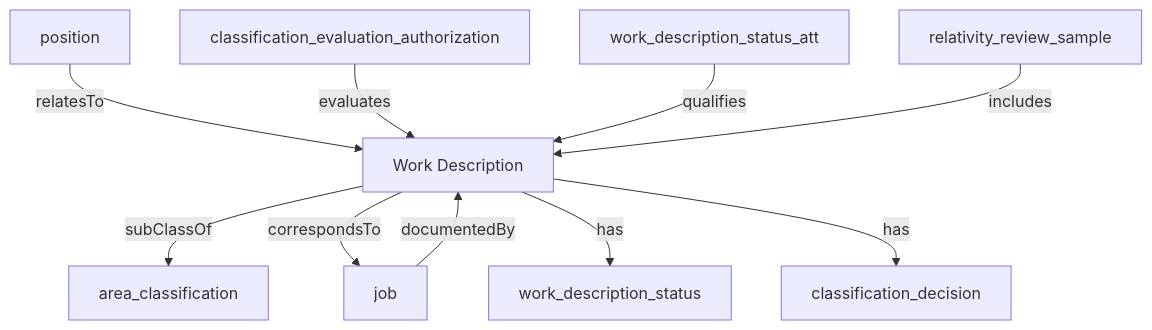
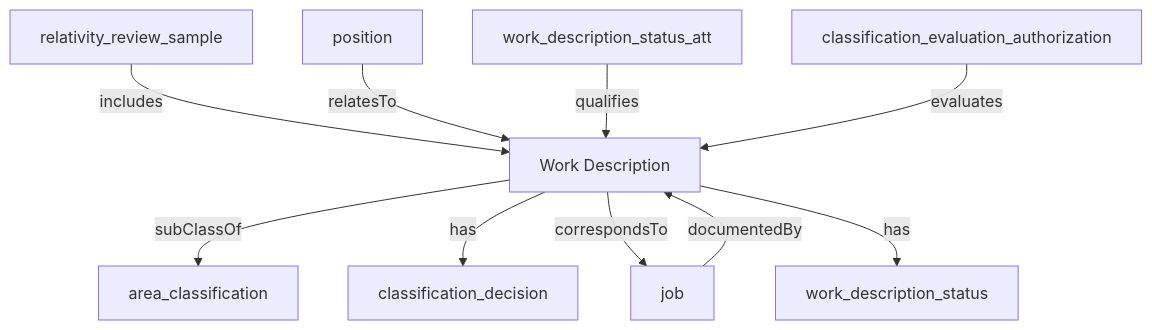
One commit to heidingaway/heidi2 changed the diagram in content/hr_data_model/work_description.md. Above: the diagram before and after it, drawn with Mermaid. The commit also changed other lines of this file and 350 other files, not shown here.

````diff
--- a/content/hr_data_model/work_description.md
+++ b/content/hr_data_model/work_description.md
@@ -30,21 +31,21 @@
 ```mermaid
 graph TD
   Work_Description["Work Description"]:::current-page-node
   area_classification["area_classification"]
   job["job"]
   classification_decision["classification_decision"]
   work_description_status["work_description_status"]
   work_description_status_att["work_description_status_att"]
   relativity_review_sample["relativity_review_sample"]
   classification_evaluation_authorization["classification_evaluation_authorization"]
   position["position"]
+  job-->|" documentedBy "|Work_Description
   Work_Description-->|" subClassOf "|area_classification
+  relativity_review_sample-->|" includes "|Work_Description
+  Work_Description-->|" has "|classification_decision
   position-->|" relatesTo "|Work_Description
+  work_description_status_att-->|" qualifies "|Work_Description
   Work_Description-->|" correspondsTo "|job
+  Work_Description-->|" has "|work_description_status
   classification_evaluation_authorization-->|" evaluates "|Work_Description
-  Work_Description-->|" has "|work_description_status
-  job-->|" documentedBy "|Work_Description
-  work_description_status_att-->|" qualifies "|Work_Description
-  Work_Description-->|" has "|classification_decision
-  relativity_review_sample-->|" includes "|Work_Description
 ```
````
